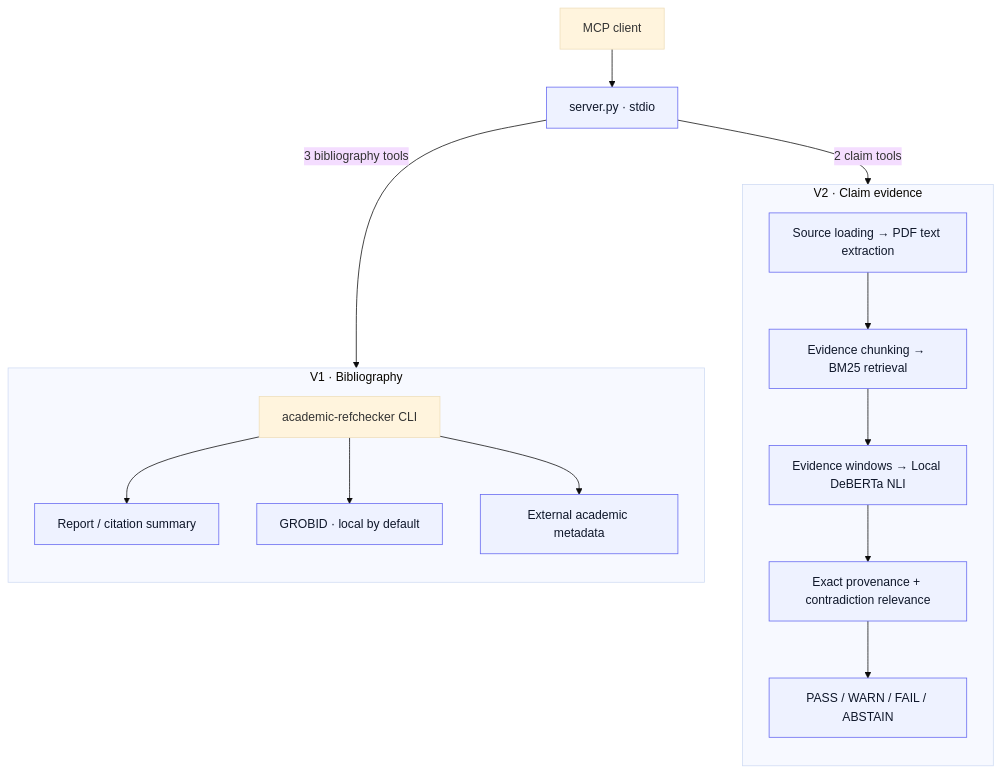
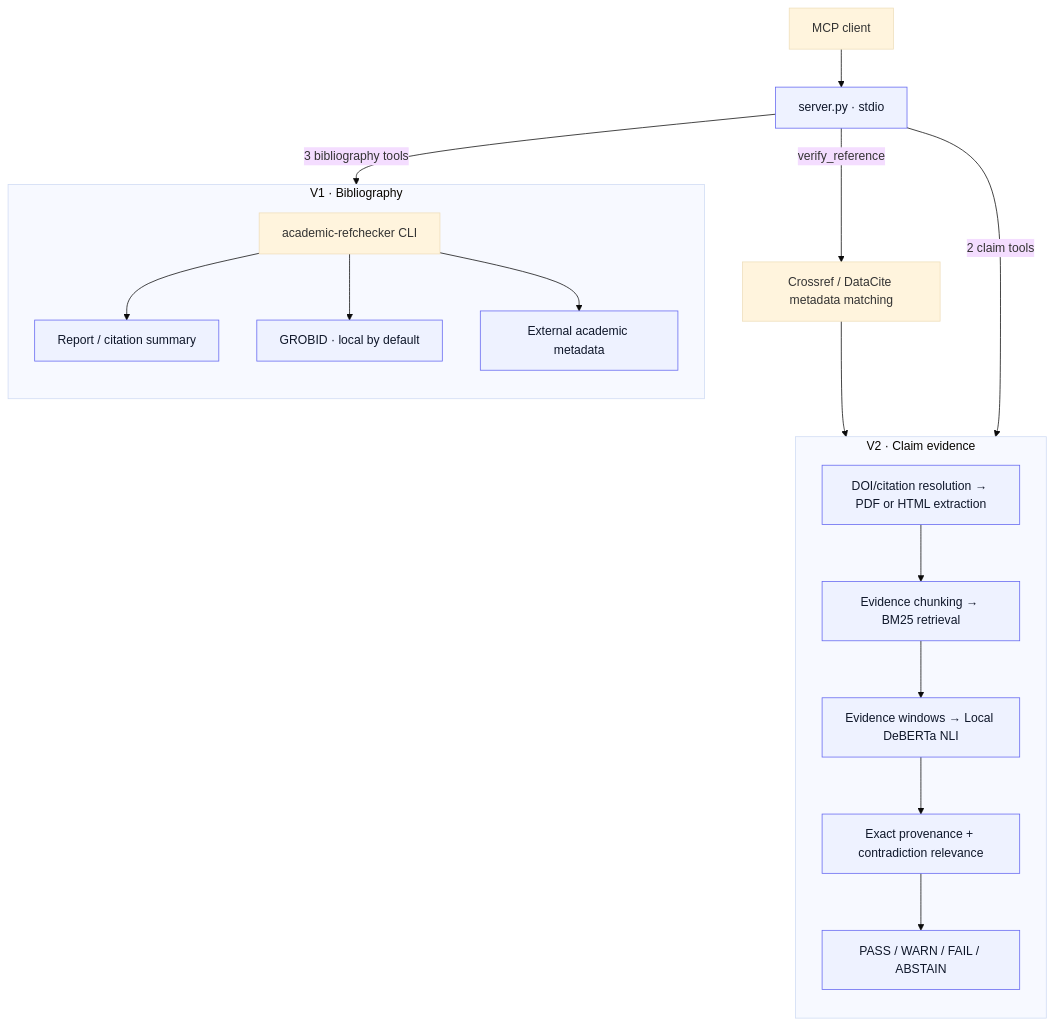
The diagram in README.md (LloydPhuc/citation-verifier-mcp), drawn with Mermaid (base theme) before and after one commit. The commit also changed other lines of this file and 5 other files, not shown here.

````diff
--- a/README.md
+++ b/README.md
@@ -48,21 +48,23 @@
 ```mermaid
 flowchart TD
     Client["MCP client"] --> Server["server.py · stdio"]
     subgraph V1["V1 · Bibliography"]
         direction TB
         Ref["academic-refchecker CLI"] --> Report["Report / citation summary"]
         Ref --> Grobid["GROBID · local by default"]
         Ref --> Metadata["External academic metadata"]
     end
     subgraph V2["V2 · Claim evidence"]
         direction TB
-        Load["Source loading → PDF text extraction"] --> Chunks["Evidence chunking → BM25 retrieval"]
+        Load["DOI/citation resolution → PDF or HTML extraction"] --> Chunks["Evidence chunking → BM25 retrieval"]
         Chunks --> NLI["Evidence windows → Local DeBERTa NLI"]
         NLI --> Guards["Exact provenance + contradiction relevance"]
         Guards --> Verdict["PASS / WARN / FAIL / ABSTAIN"]
     end
     Server -->|"3 bibliography tools"| V1
     Server -->|"2 claim tools"| V2
+    Server -->|"verify_reference"| Resolve["Crossref / DataCite metadata matching"]
+    Resolve --> Load
     classDef local fill:#eef2ff,stroke:#6366f1,color:#0f172a
     class Server,Load,Chunks,NLI,Guards,Verdict,Report,Grobid,Metadata local
 ```
````
